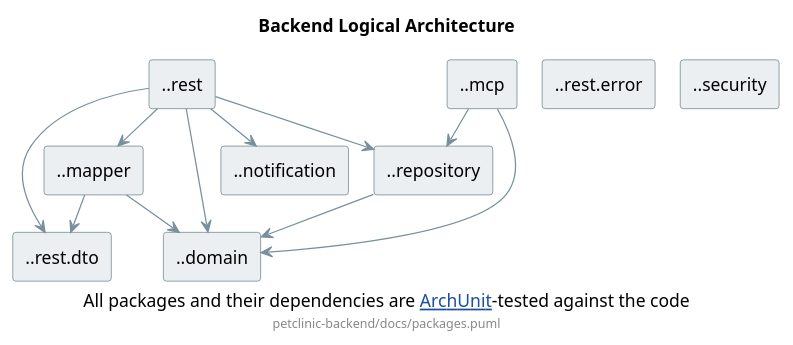
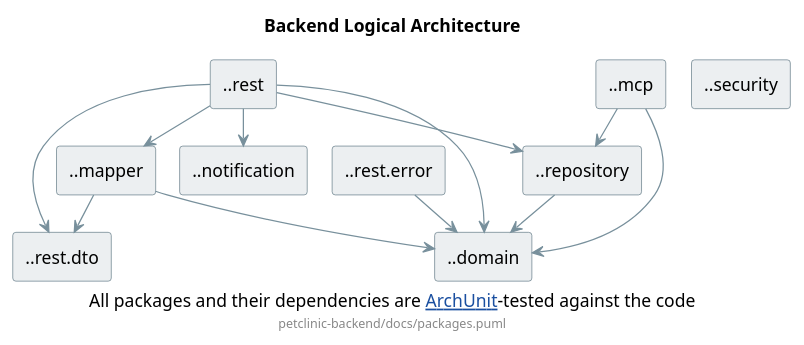
Before and after one commit to victorrentea/petclinic: the diagram in petclinic-backend/docs/packages.puml, drawn with PlantUML. The commit also changed 17 other files, not shown here.

```diff
--- a/petclinic-backend/docs/packages.puml
+++ b/petclinic-backend/docs/packages.puml
@@ -1,47 +1,48 @@
 @startuml
 
 title Backend Logical Architecture
 caption All packages and their dependencies are [[https://www.archunit.org/{What is ArchUnit?} ArchUnit]]-tested against the code
 footer petclinic-backend/docs/packages.puml
 
 skinparam shadowing false
 ' the review page themes this colour for dark mode (--dgm-link)
 skinparam hyperlinkColor #1A4FA0
 skinparam componentStyle rectangle
 skinparam nodesep 20
 ' the box label is the package pattern itself, which ArchUnit reads from the stereotype;
 ' the stereotype is hidden so the pattern is not printed twice
 hide stereotype
 skinparam ranksep 30
 <style>
 component {
   BackGroundColor #ECEFF1
   LineColor #546E7A
 }
 arrow {
   LineColor #78909C
 }
 </style>
 
 [..rest] <<..rest>>
 [..mcp] <<..mcp>>
 [..rest.error] <<..rest.error>>
 [..security] <<..security>>
 [..mapper] <<..mapper>>
 [..repository] <<..repository>>
 [..notification] <<..notification>>
 [..rest.dto] <<..rest.dto>>
 [..domain] <<..domain>>
 
 [..repository] --> [..domain]
 [..mapper] --> [..domain]
 [..mapper] --> [..rest.dto]
 [..rest] --> [..domain]
 [..rest] --> [..repository]
 [..rest] --> [..mapper]
 [..rest] --> [..rest.dto]
 [..rest] --> [..notification]
+[..rest.error] --> [..domain]
 [..mcp] --> [..domain]
 [..mcp] --> [..repository]
 
 @enduml
```
